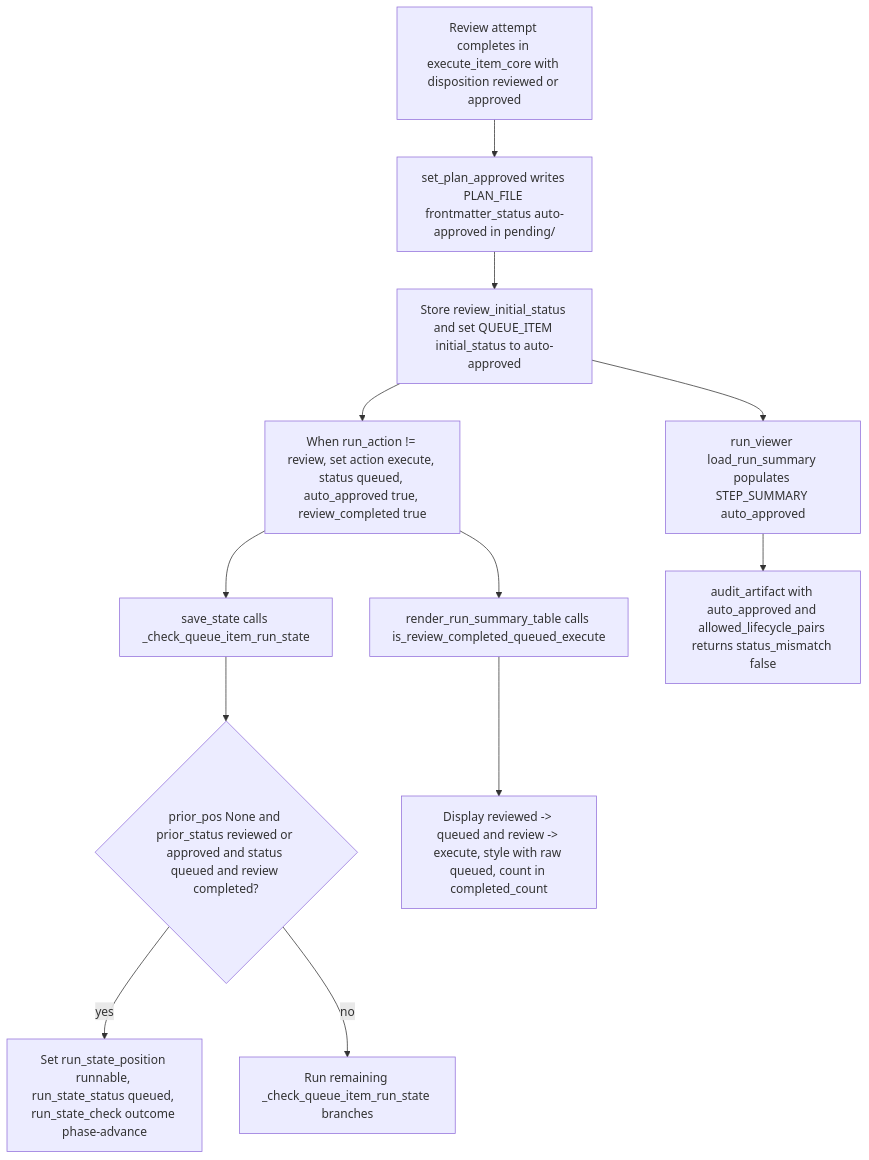
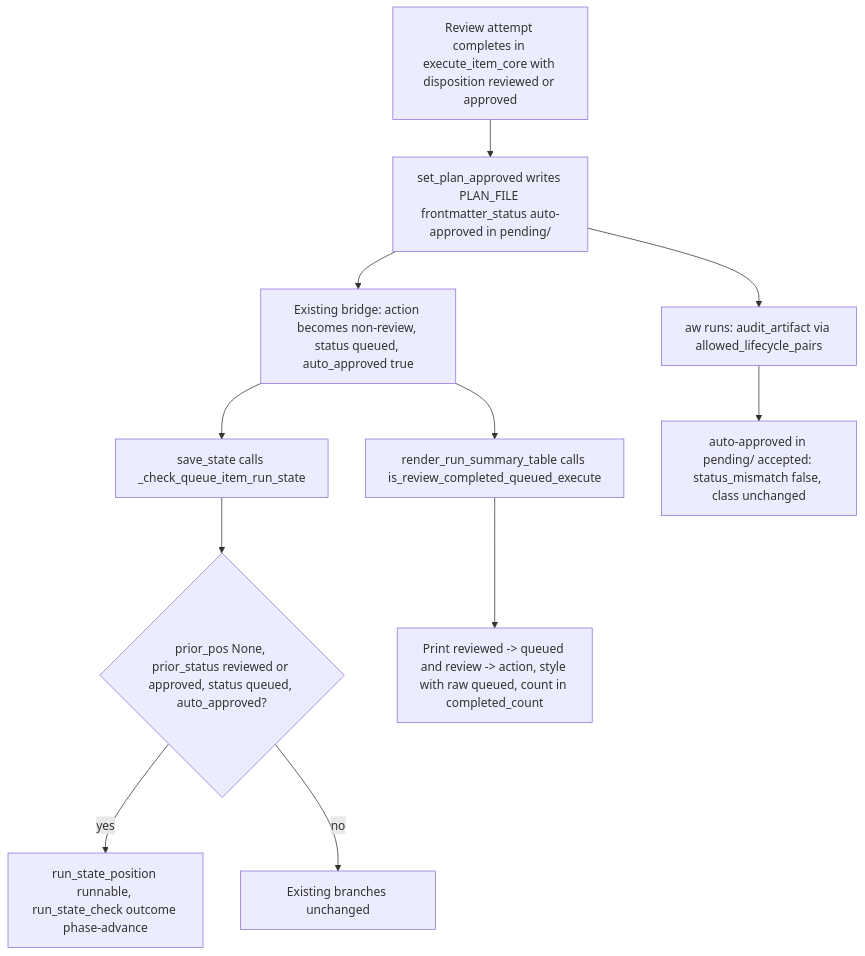
The second of 2 diagrams in .aw/records/plans/pending/20261121-b0en28-01-feol8w-preserve-completed-review-phase-across-full-auto-approval-an.ipd.md (fariello/agent-workflows), drawn with Mermaid before and after one commit. The commit also changed other lines of this file and 1 other file, not shown here.

First line of the commit message:
plan-review: harden feol8w (revisions applied)

````diff
--- a/.aw/records/plans/pending/20261121-b0en28-01-feol8w-preserve-completed-review-phase-across-full-auto-approval-an.ipd.md
+++ b/.aw/records/plans/pending/20261121-b0en28-01-feol8w-preserve-completed-review-phase-across-full-auto-approval-an.ipd.md
@@ -146,14 +170,13 @@
 ```mermaid
 flowchart TD
     R["Review attempt completes in execute_item_core with disposition reviewed or approved"] --> P["set_plan_approved writes PLAN_FILE frontmatter_status auto-approved in pending/"]
-    P --> I["Store review_initial_status and set QUEUE_ITEM initial_status to auto-approved"]
-    I --> Q["When run_action != review, set action execute, status queued, auto_approved true, review_completed true"]
+    P --> Q["Existing bridge: action becomes non-review, status queued, auto_approved true"]
     Q --> S["save_state calls _check_queue_item_run_state"]
-    S --> C{"prior_pos None and prior_status reviewed or approved and status queued and review completed?"}
-    C -->|yes| A["Set run_state_position runnable, run_state_status queued, run_state_check outcome phase-advance"]
-    C -->|no| F["Run remaining _check_queue_item_run_state branches"]
+    S --> C{"prior_pos None, prior_status reviewed or approved, status queued, auto_approved?"}
+    C -->|yes| A["run_state_position runnable, run_state_check outcome phase-advance"]
+    C -->|no| F["Existing branches unchanged"]
     Q --> T["render_run_summary_table calls is_review_completed_queued_execute"]
-    T --> D["Display reviewed -> queued and review -> execute, style with raw queued, count in completed_count"]
-    I --> V["run_viewer load_run_summary populates STEP_SUMMARY auto_approved"]
-    V --> U["audit_artifact with auto_approved and allowed_lifecycle_pairs returns status_mismatch false"]
+    T --> D["Print reviewed -> queued and review -> action, style with raw queued, count in completed_count"]
+    P --> V["aw runs: audit_artifact via allowed_lifecycle_pairs"]
+    V --> U["auto-approved in pending/ accepted: status_mismatch false, class unchanged"]
 ```
````
